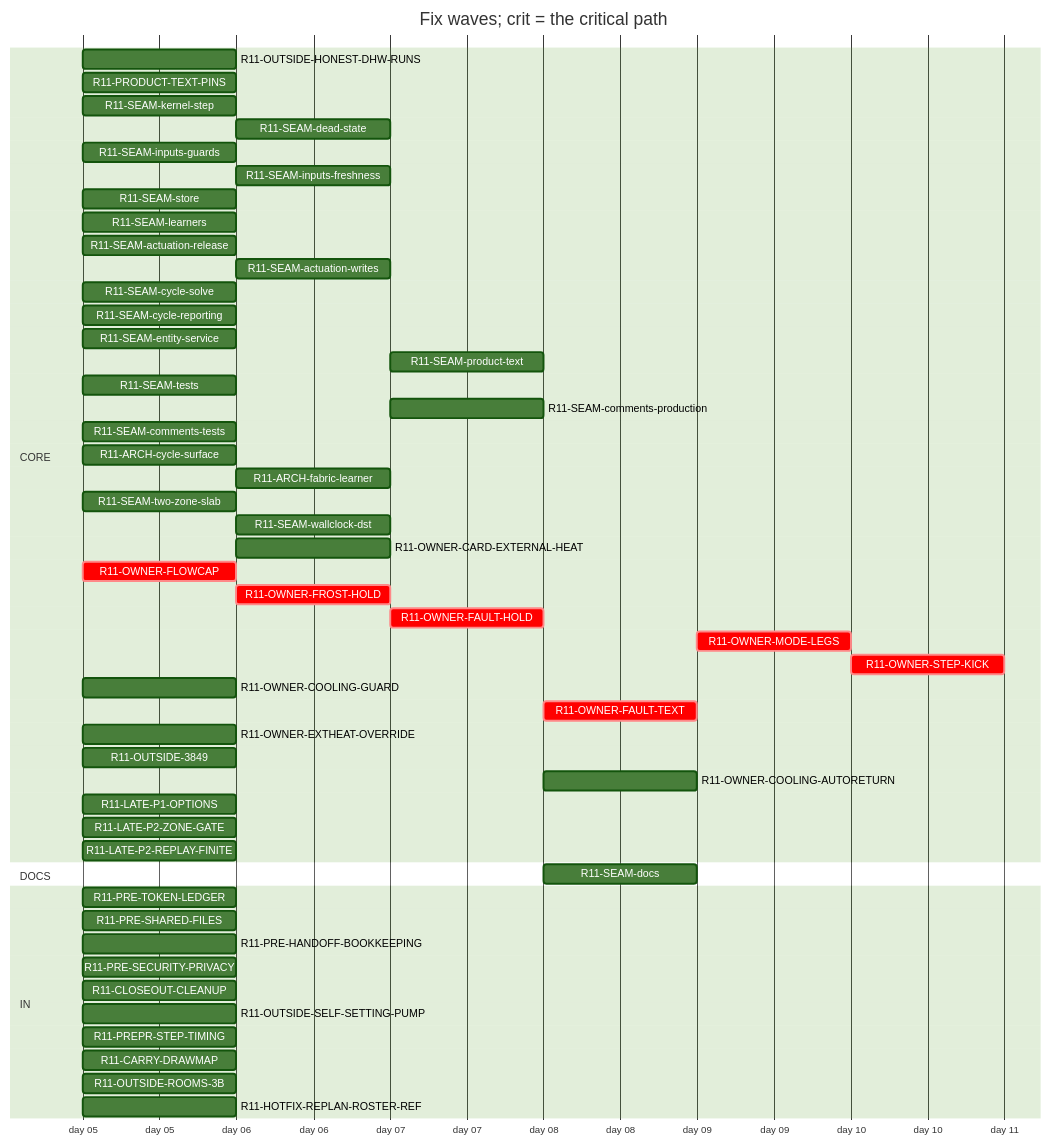
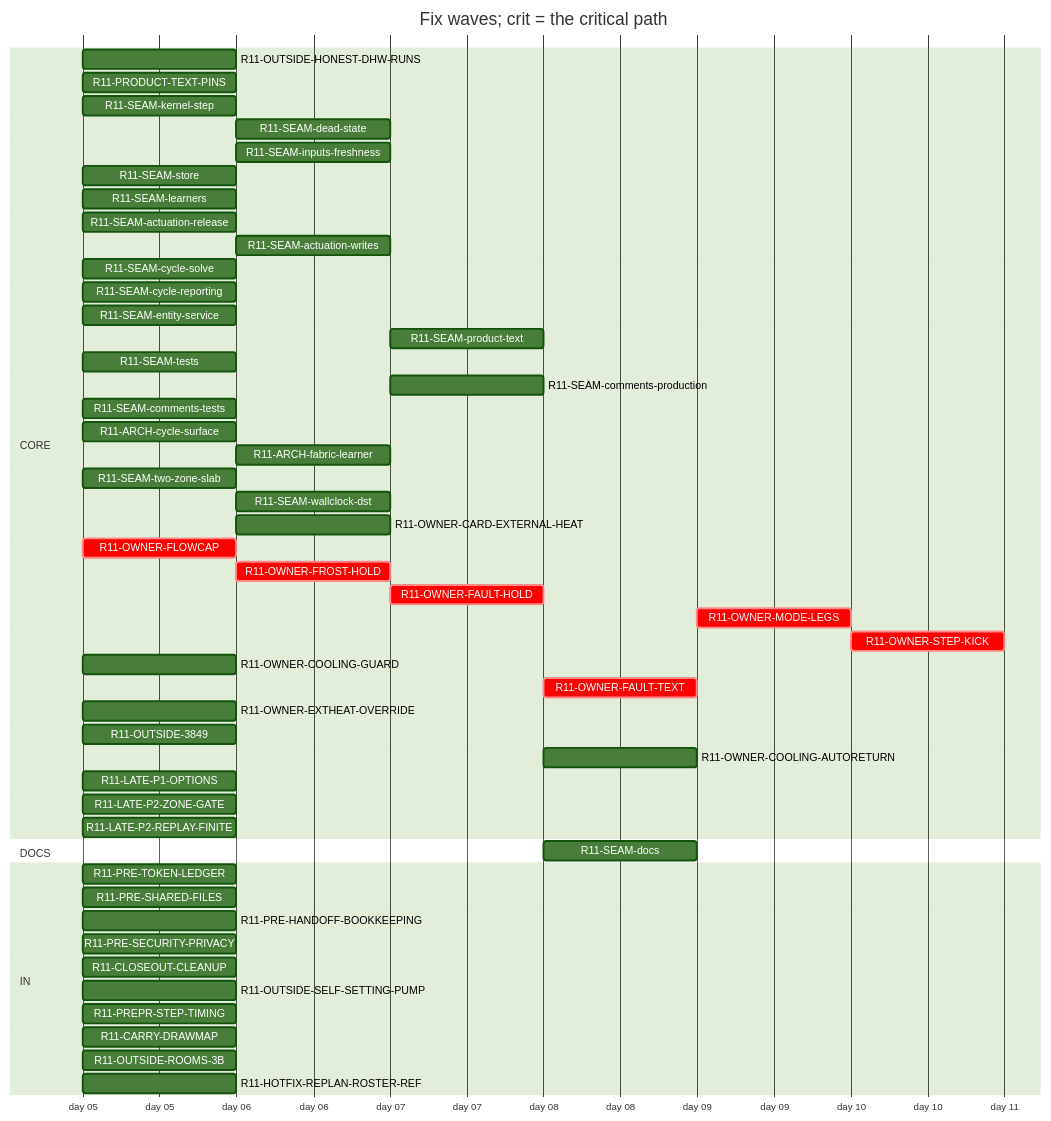
The diagram in handoff/round11/state/PLAN-TABLE.md (tvofi/heatpump_optimizer), drawn with Mermaid (forest theme) before and after one commit. The commit also changed other lines of this file and 4 other files, not shown here.

Commit message:
state: FLOW-BOARD.md, NEXT-SESSION-PROMPT.md, PLAN-TABLE.md, PLAN.html, RESUME-CURRENT.md regenerated (state_docs.py)

````diff
--- a/handoff/round11/state/PLAN-TABLE.md
+++ b/handoff/round11/state/PLAN-TABLE.md
@@ -16,55 +16,54 @@
 ```mermaid
 gantt
   title Fix waves; crit = the critical path
   dateFormat YYYY-MM-DD
   axisFormat day %d
   section CORE
     R11-OUTSIDE-HONEST-DHW-RUNS :r11OUTSIDEHONESTDHWRUNS, 2026-01-05, 1d
     R11-PRODUCT-TEXT-PINS :r11PRODUCTTEXTPINS, 2026-01-05, 1d
     R11-SEAM-kernel-step :r11SEAMkernelstep, 2026-01-05, 1d
     R11-SEAM-dead-state :r11SEAMdeadstate, after r11SEAMstore, 1d
-    R11-SEAM-inputs-guards :r11SEAMinputsguards, 2026-01-05, 1d
     R11-SEAM-inputs-freshness :r11SEAMinputsfreshness, after r11SEAMkernelstep, 1d
     R11-SEAM-store :r11SEAMstore, 2026-01-05, 1d
     R11-SEAM-learners :r11SEAMlearners, 2026-01-05, 1d
     R11-SEAM-actuation-release :r11SEAMactuationrelease, 2026-01-05, 1d
     R11-SEAM-actuation-writes :r11SEAMactuationwrites, after r11SEAMkernelstep r11SEAMactuationrelease, 1d
     R11-SEAM-cycle-solve :r11SEAMcyclesolve, 2026-01-05, 1d
     R11-SEAM-cycle-reporting :r11SEAMcyclereporting, 2026-01-05, 1d
     R11-SEAM-entity-service :r11SEAMentityservice, 2026-01-05, 1d
-    R11-SEAM-product-text :r11SEAMproducttext, after r11SEAMactuationrelease r11SEAMactuationwrites r11SEAMentityservice r11SEAMinputsguards r11SEAMinputsfreshness r11SEAMcyclesolve r11SEAMcyclereporting, 1d
+    R11-SEAM-product-text :r11SEAMproducttext, after r11SEAMactuationrelease r11SEAMactuationwrites r11SEAMentityservice r11SEAMinputsfreshness r11SEAMcyclesolve r11SEAMcyclereporting, 1d
     R11-SEAM-tests :r11SEAMtests, 2026-01-05, 1d
-    R11-SEAM-comments-production :r11SEAMcommentsproduction, after r11SEAMactuationrelease r11SEAMactuationwrites r11SEAMentityservice r11SEAMinputsguards r11SEAMinputsfreshness r11SEAMcyclesolve r11SEAMcyclereporting, 1d
+    R11-SEAM-comments-production :r11SEAMcommentsproduction, after r11SEAMactuationrelease r11SEAMactuationwrites r11SEAMentityservice r11SEAMinputsfreshness r11SEAMcyclesolve r11SEAMcyclereporting, 1d
     R11-SEAM-comments-tests :r11SEAMcommentstests, 2026-01-05, 1d
     R11-ARCH-cycle-surface :r11ARCHcyclesurface, 2026-01-05, 1d
     R11-ARCH-fabric-learner :r11ARCHfabriclearner, after r11SEAMlearners, 1d
     R11-SEAM-two-zone-slab :r11SEAMtwozoneslab, 2026-01-05, 1d
     R11-SEAM-wallclock-dst :r11SEAMwallclockdst, after r11SEAMkernelstep, 1d
     R11-OWNER-CARD-EXTERNAL-HEAT :r11OWNERCARDEXTERNALHEAT, after r11OWNEREXTHEATOVERRIDE, 1d
     R11-OWNER-FLOWCAP :crit, r11OWNERFLOWCAP, 2026-01-05, 1d
     R11-OWNER-FROST-HOLD :crit, r11OWNERFROSTHOLD, after r11OWNERFLOWCAP, 1d
     R11-OWNER-FAULT-HOLD :crit, r11OWNERFAULTHOLD, after r11OWNERFROSTHOLD, 1d
     R11-OWNER-MODE-LEGS :crit, r11OWNERMODELEGS, after r11OWNERFAULTTEXT, 1d
     R11-OWNER-STEP-KICK :crit, r11OWNERSTEPKICK, after r11OWNERMODELEGS, 1d
     R11-OWNER-COOLING-GUARD :r11OWNERCOOLINGGUARD, 2026-01-05, 1d
     R11-OWNER-FAULT-TEXT :crit, r11OWNERFAULTTEXT, after r11OWNERFAULTHOLD, 1d
     R11-OWNER-EXTHEAT-OVERRIDE :r11OWNEREXTHEATOVERRIDE, 2026-01-05, 1d
     R11-OUTSIDE-3849 :r11OUTSIDE3849, 2026-01-05, 1d
     R11-OWNER-COOLING-AUTORETURN :r11OWNERCOOLINGAUTORETURN, after r11OWNERCOOLINGGUARD r11OWNERFAULTHOLD, 1d
     R11-LATE-P1-OPTIONS :r11LATEP1OPTIONS, 2026-01-05, 1d
     R11-LATE-P2-ZONE-GATE :r11LATEP2ZONEGATE, 2026-01-05, 1d
     R11-LATE-P2-REPLAY-FINITE :r11LATEP2REPLAYFINITE, 2026-01-05, 1d
   section DOCS
-    R11-SEAM-docs :r11SEAMdocs, after r11SEAMlearners r11SEAMactuationrelease r11SEAMactuationwrites r11SEAMentityservice r11SEAMinputsguards r11SEAMinputsfreshness r11SEAMcyclesolve r11SEAMcyclereporting r11SEAMproducttext, 1d
+    R11-SEAM-docs :r11SEAMdocs, after r11SEAMlearners r11SEAMactuationrelease r11SEAMactuationwrites r11SEAMentityservice r11SEAMinputsfreshness r11SEAMcyclesolve r11SEAMcyclereporting r11SEAMproducttext, 1d
   section IN
     R11-PRE-TOKEN-LEDGER :r11PRETOKENLEDGER, 2026-01-05, 1d
     R11-PRE-SHARED-FILES :r11PRESHAREDFILES, 2026-01-05, 1d
     R11-PRE-HANDOFF-BOOKKEEPING :r11PREHANDOFFBOOKKEEPING, 2026-01-05, 1d
     R11-PRE-SECURITY-PRIVACY :r11PRESECURITYPRIVACY, 2026-01-05, 1d
     R11-CLOSEOUT-CLEANUP :r11CLOSEOUTCLEANUP, 2026-01-05, 1d
     R11-OUTSIDE-SELF-SETTING-PUMP :r11OUTSIDESELFSETTINGPUMP, 2026-01-05, 1d
     R11-PREPR-STEP-TIMING :r11PREPRSTEPTIMING, 2026-01-05, 1d
     R11-CARRY-DRAWMAP :r11CARRYDRAWMAP, 2026-01-05, 1d
     R11-OUTSIDE-ROOMS-3B :r11OUTSIDEROOMS3B, 2026-01-05, 1d
     R11-HOTFIX-REPLAN-ROSTER-REF :r11HOTFIXREPLANROSTERREF, 2026-01-05, 1d
 ```
````
